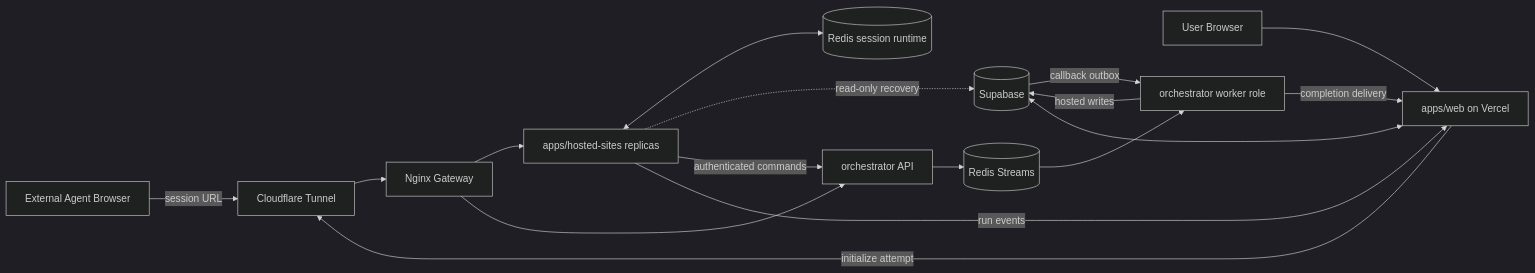
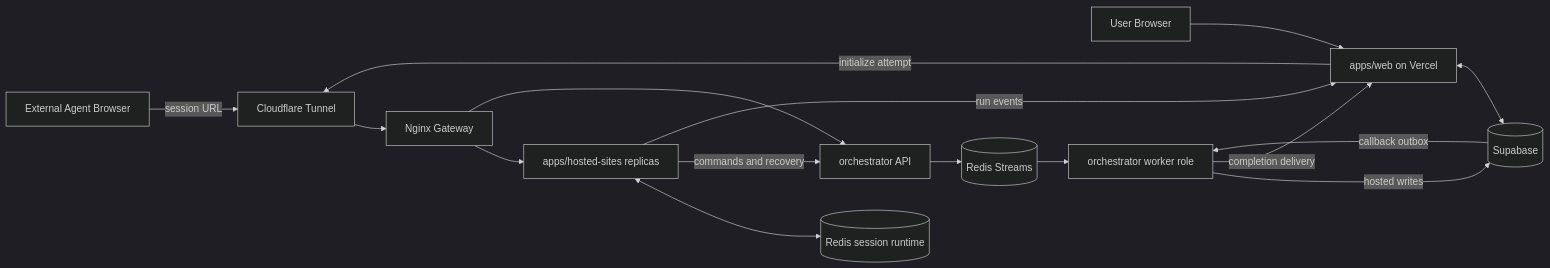
Before and after one commit to Kaiwen0418/agent-benchmark: the diagram in README.md, drawn with Mermaid (dark theme). The commit also changed 23 other files, not shown here.

Commit message:
feat(architecture): enforce hosted database ownership

````diff
--- a/README.md
+++ b/README.md
@@ -54,19 +54,18 @@
 ```mermaid
 flowchart LR
   Agent["External Agent Browser"] -->|"session URL"| Edge["Cloudflare Tunnel"]
   User["User Browser"] --> Web["apps/web on Vercel"]
   Web -->|"initialize attempt"| Edge
   Edge --> Gateway["Nginx Gateway"]
   Gateway --> Sites["apps/hosted-sites replicas"]
   Gateway --> Orchestrator["orchestrator API"]
   Sites <--> SessionRedis[("Redis session runtime")]
   Web <--> DB[("Supabase")]
-  Sites -.->|"read-only recovery"| DB
-  Sites -->|"authenticated commands"| Orchestrator
+  Sites -->|"commands and recovery"| Orchestrator
   Orchestrator --> Streams[("Redis Streams")]
   Streams --> Worker["orchestrator worker role"]
   Worker -->|"hosted writes"| DB
   Sites -->|"run events"| Web
   DB -->|"callback outbox"| Worker
   Worker -->|"completion delivery"| Web
 ```
````
